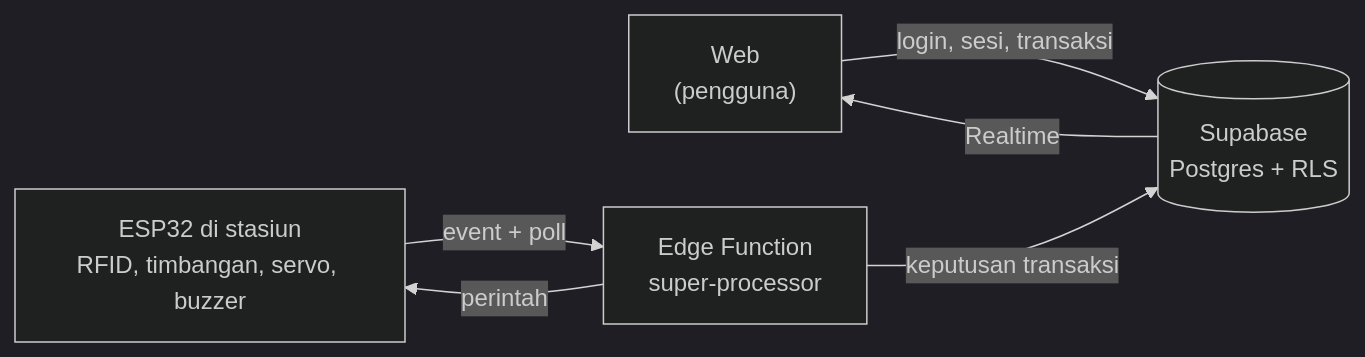
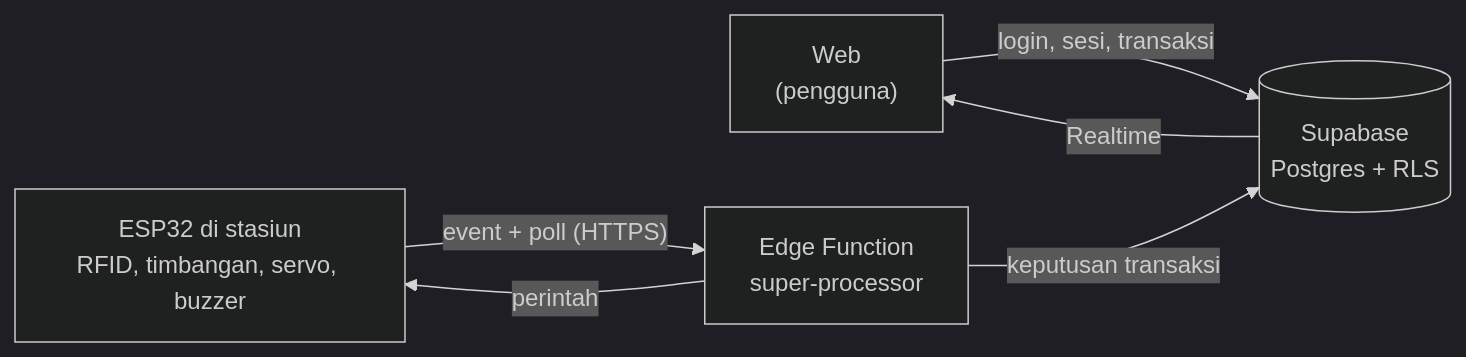
Before and after one commit to Dmradihdyo/Stasiun_Wadah_Pintar: the diagram in README.md, drawn with Mermaid (dark theme). The commit also changed other lines of this file, not shown here.

````diff
--- a/README.md
+++ b/README.md
@@ -11,8 +24,8 @@
 ```mermaid
 flowchart LR
   W["Web<br/>(pengguna)"] -- "login, sesi, transaksi" --> S[("Supabase<br/>Postgres + RLS")]
   S -- "Realtime" --> W
-  E["ESP32 di stasiun<br/>RFID, timbangan, servo, buzzer"] -- "event + poll" --> F["Edge Function<br/>super-processor"]
+  E["ESP32 di stasiun<br/>RFID, timbangan, servo, buzzer"] -- "event + poll (HTTPS)" --> F["Edge Function<br/>super-processor"]
   F -- "keputusan transaksi" --> S
   F -- "perintah" --> E
 ```
````
